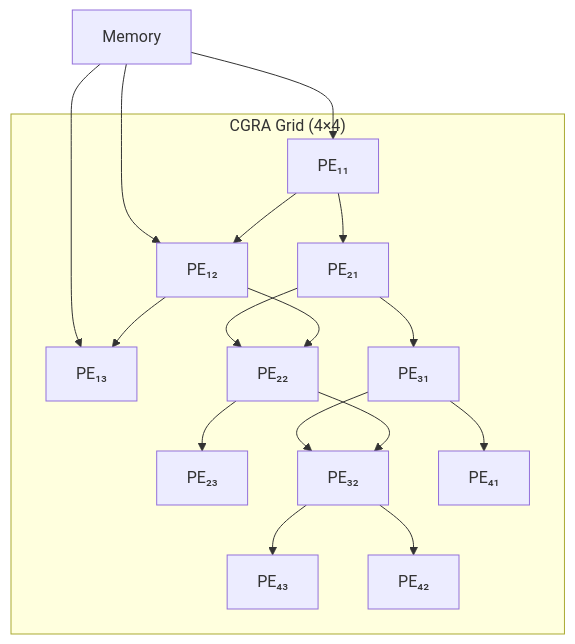
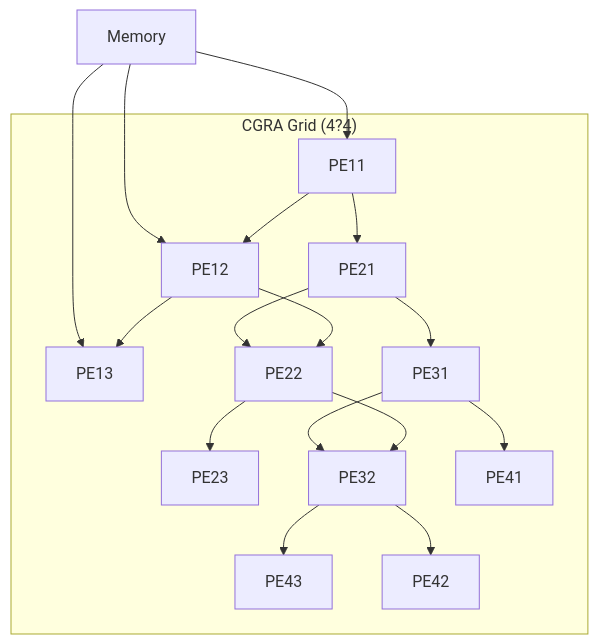
The fifth of 5 diagrams in docs/courses/digital-logic/15-advanced-topics.md (Raushan666java/ai-engineering-journey), drawn with Mermaid before and after one commit. The commit also changed other lines of this file and 790 other files, not shown here.

Commit message:
Sync all course diagram renders and content updates

````diff
--- a/docs/courses/digital-logic/15-advanced-topics.md
+++ b/docs/courses/digital-logic/15-advanced-topics.md
@@ -396,20 +396,20 @@
 ```mermaid
 graph TD
-    subgraph "CGRA Grid (4×4)"
-        PE11[PE₁₁] --> PE12[PE₁₂]
-        PE11 --> PE21[PE₂₁]
-        PE12 --> PE13[PE₁₃]
-        PE12 --> PE22[PE₂₂]
+    subgraph "CGRA Grid (4?4)"
+        PE11[PE11] --> PE12[PE12]
+        PE11 --> PE21[PE21]
+        PE12 --> PE13[PE13]
+        PE12 --> PE22[PE22]
         PE21 --> PE22
-        PE21 --> PE31[PE₃₁]
-        PE22 --> PE23[PE₂₃]
-        PE22 --> PE32[PE₃₂]
+        PE21 --> PE31[PE31]
+        PE22 --> PE23[PE23]
+        PE22 --> PE32[PE32]
         PE31 --> PE32
-        PE31 --> PE41[PE₄₁]
-        PE32 --> PE33[PE₄₃]
-        PE32 --> PE42[PE₄₂]
+        PE31 --> PE41[PE41]
+        PE32 --> PE33[PE43]
+        PE32 --> PE42[PE42]
     end
     MEM[Memory] --> PE11
     MEM --> PE12
     MEM --> PE13
 ```
````
